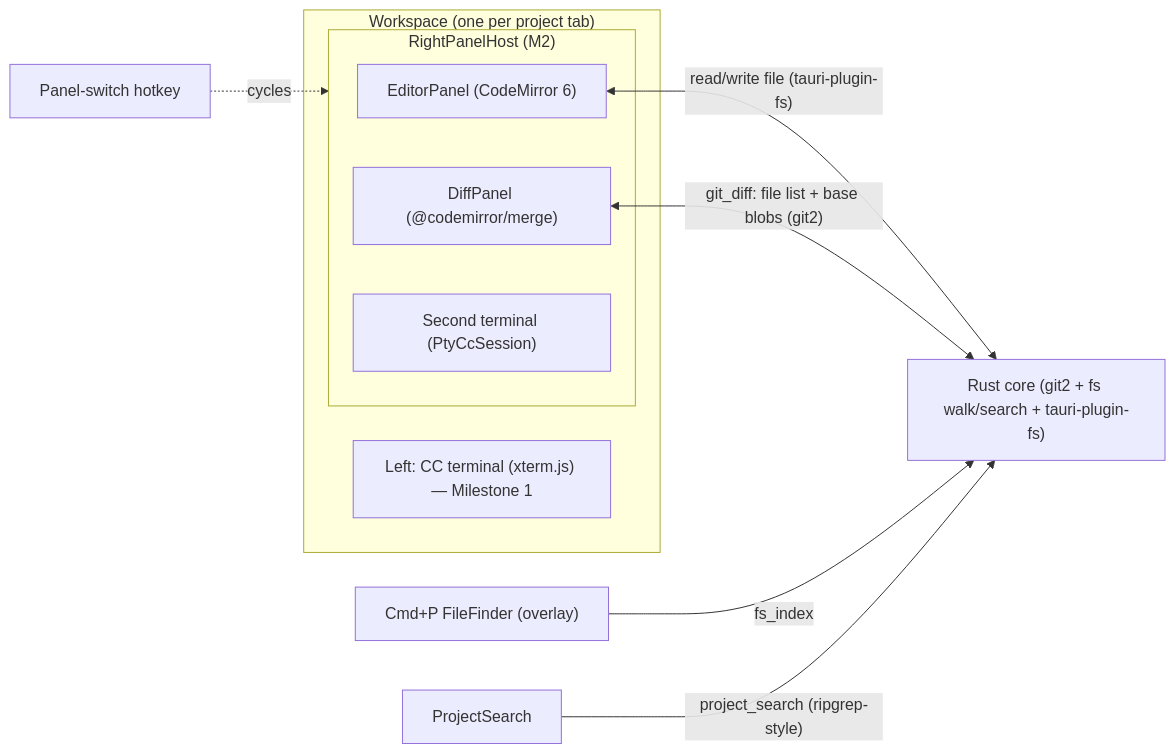
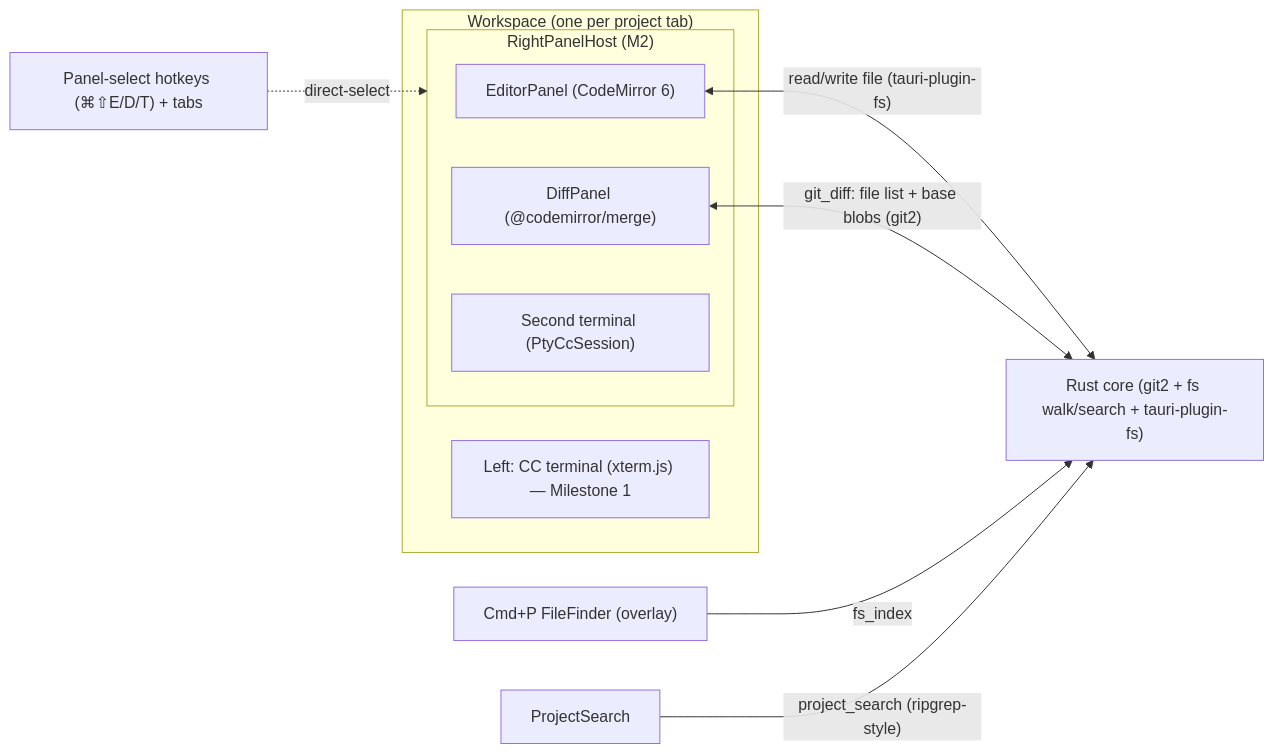
The third of 3 diagrams in docs/product/arch.md (StaymanHou/Claudesk), drawn with Mermaid before and after one commit. The commit also changed other lines of this file and 20 other files, not shown here.

````diff
--- a/docs/product/arch.md
+++ b/docs/product/arch.md
@@ -306,17 +308,17 @@
 ```mermaid
 flowchart LR
   subgraph WS["Workspace (one per project tab)"]
     Left["Left: CC terminal (xterm.js) — Milestone 1"]
     subgraph RPH["RightPanelHost (M2)"]
       Editor["EditorPanel (CodeMirror 6)"]
       Diff["DiffPanel (@codemirror/merge)"]
       Term2["Second terminal (PtyCcSession)"]
     end
   end
   Editor <-- "read/write file (tauri-plugin-fs)" --> Backend
   Diff <-- "git_diff: file list + base blobs (git2)" --> Backend
   FileFinder["Cmd+P FileFinder (overlay)"] -- "fs_index" --> Backend
   ProjectSearch -- "project_search (ripgrep-style)" --> Backend
-  PanelSwitch["Panel-switch hotkey"] -. cycles .-> RPH
+  PanelSwitch["Panel-select hotkeys (⌘⇧E/D/T) + tabs"] -. direct-select .-> RPH
   Backend["Rust core (git2 + fs walk/search + tauri-plugin-fs)"]
 ```
````
